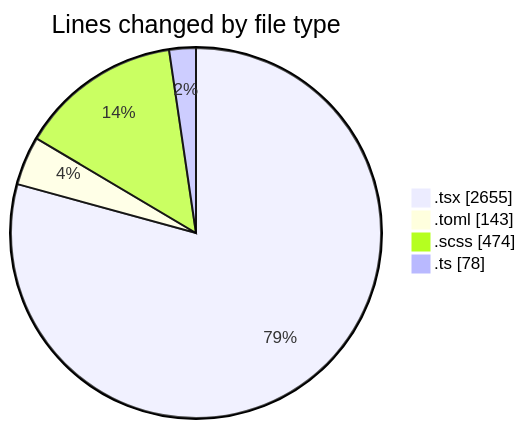
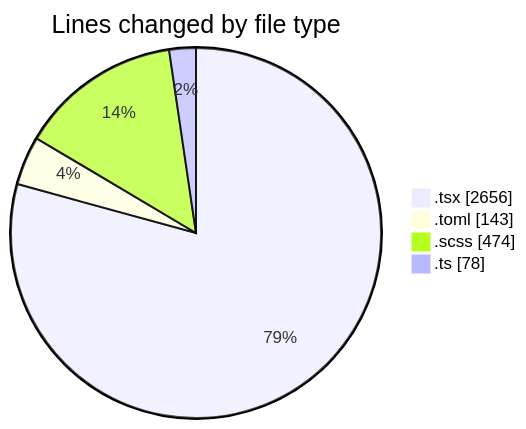
One commit to momahboobian/code-tracking changed the first of 2 diagrams in 2026-11-02/cda/README.md. Above: the diagram before and after it, drawn with Mermaid. The commit also changed other lines of this file and 1 other file, not shown here.

````diff
--- a/2026-11-02/cda/README.md
+++ b/2026-11-02/cda/README.md
@@ -40,8 +40,8 @@
 ```mermaid
 pie showData
 title Lines changed by file type
-".tsx" : 2655
+".tsx" : 2656
 ".toml" : 143
 ".scss" : 474
 ".ts" : 78
 ```
````
